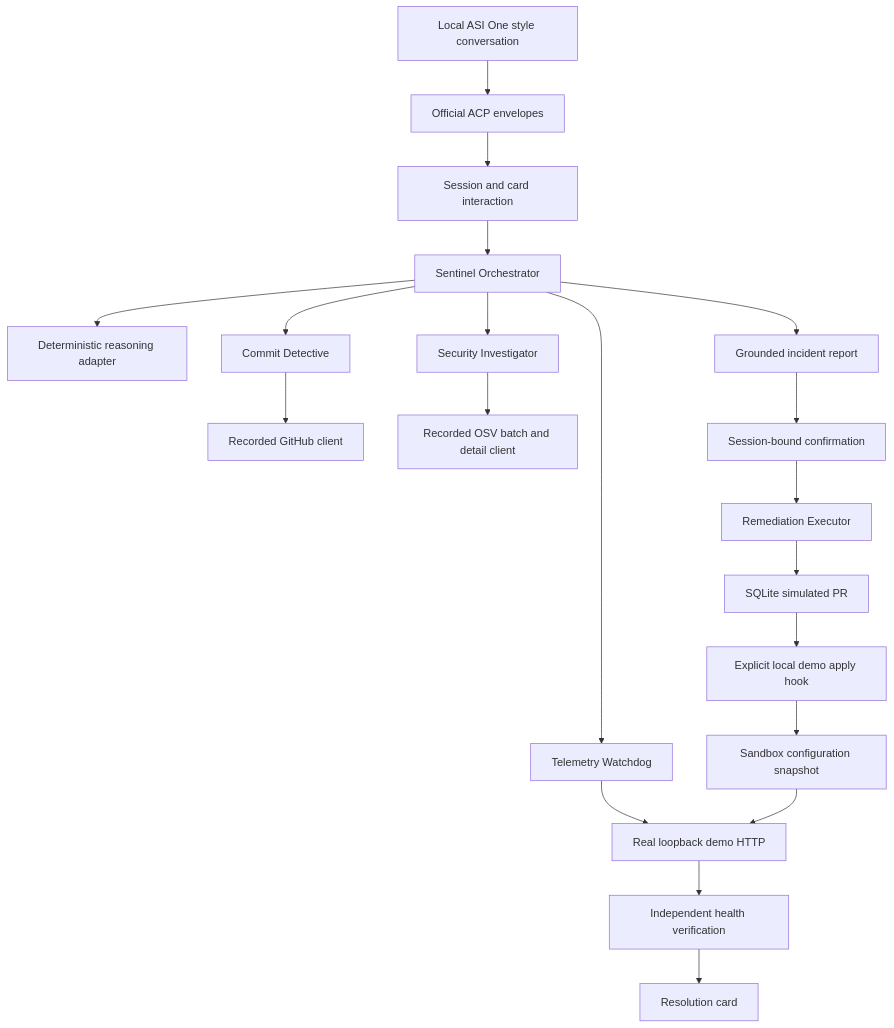
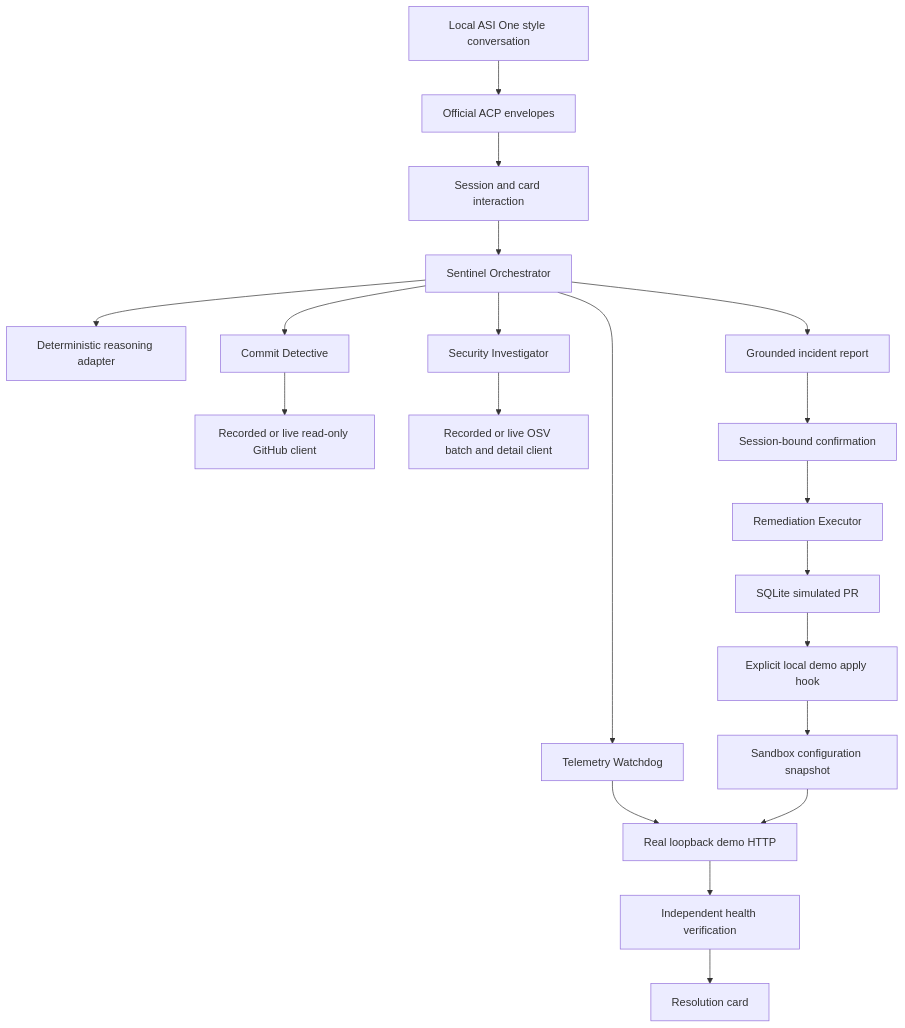
The diagram in docs/architecture.md (LuckyTheGre8/Sentinel-SRE), drawn with Mermaid before and after one commit. The commit also changed other lines of this file and 25 other files, not shown here.

````diff
--- a/docs/architecture.md
+++ b/docs/architecture.md
@@ -6,22 +6,22 @@
 ```mermaid
 flowchart TD
     User[Local ASI One style conversation] --> ACP[Official ACP envelopes]
     ACP --> Gateway[Session and card interaction]
     Gateway --> Orchestrator[Sentinel Orchestrator]
     Orchestrator --> Reasoning[Deterministic reasoning adapter]
     Orchestrator --> Health[Telemetry Watchdog]
     Orchestrator --> Commits[Commit Detective]
-    Commits --> GitHub[Recorded GitHub client]
+    Commits --> GitHub[Recorded or live read-only GitHub client]
     Orchestrator --> Security[Security Investigator]
-    Security --> OSV[Recorded OSV batch and detail client]
+    Security --> OSV[Recorded or live OSV batch and detail client]
     Health --> HTTP[Real loopback demo HTTP]
     Orchestrator --> Report[Grounded incident report]
     Report --> Approval[Session-bound confirmation]
     Approval --> Executor[Remediation Executor]
     Executor --> PR[SQLite simulated PR]
     PR --> Apply[Explicit local demo apply hook]
     Apply --> Snapshot[Sandbox configuration snapshot]
     Snapshot --> HTTP
     HTTP --> Verification[Independent health verification]
     Verification --> Resolution[Resolution card]
 ```
````
